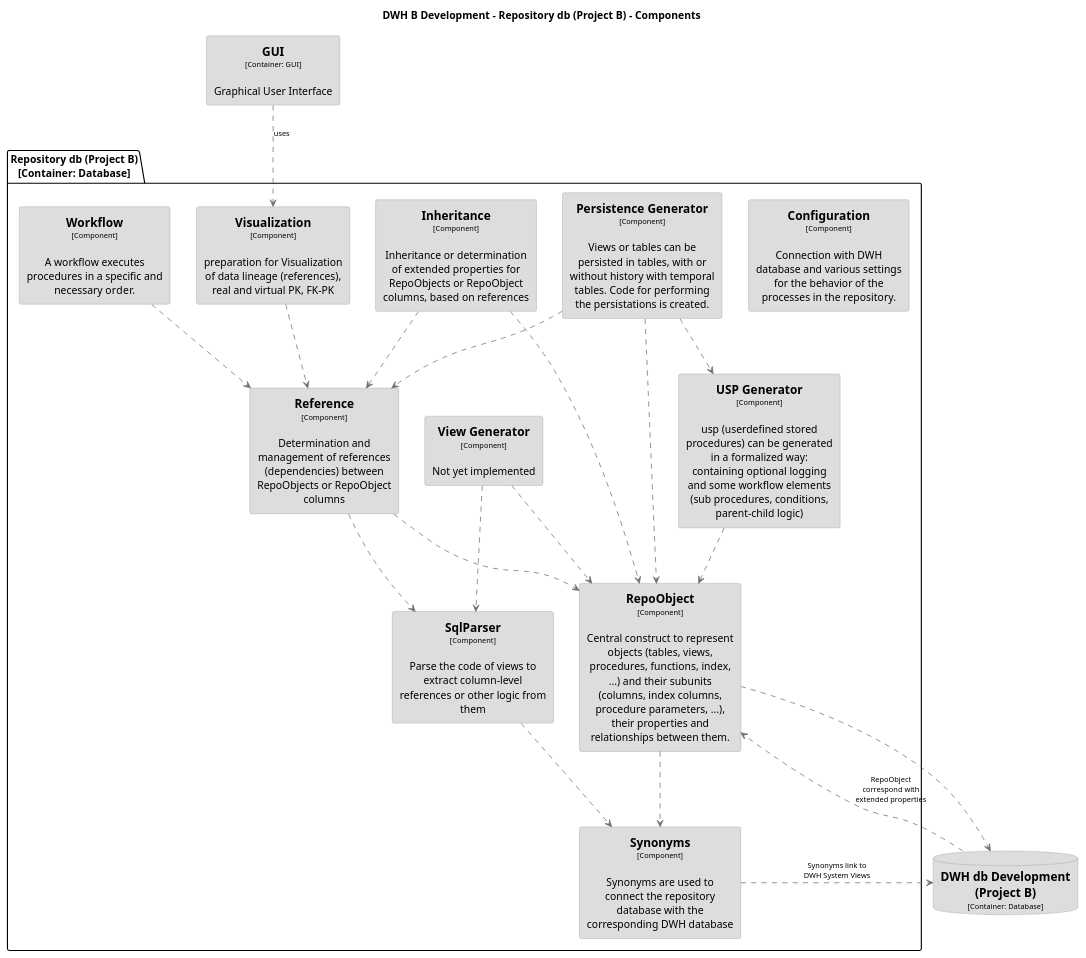
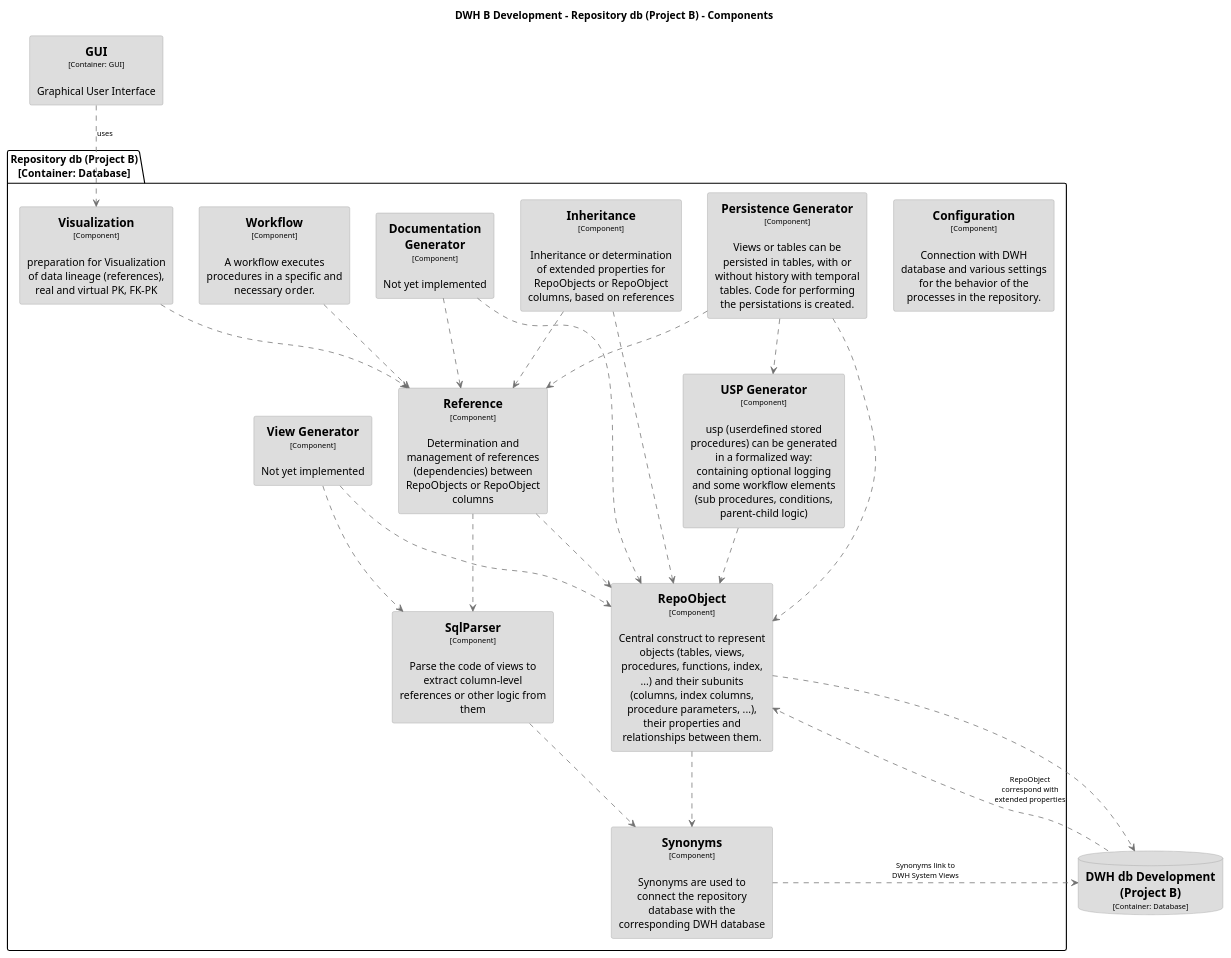
Before and after one commit to DataHandwerk/dhw-antora-docs: the diagram in docs/modules/arc/partials/c4_dsl/puml/structurizr-DWHBDevelopment-RepositorydbProjectB-Component.puml, drawn with PlantUML. The commit also changed 1771 other files, not shown here.

Commit message:
FK diagrams and more

```diff
--- a/docs/modules/arc/partials/c4_dsl/puml/structurizr-DWHBDevelopment-RepositorydbProjectB-Component.puml
+++ b/docs/modules/arc/partials/c4_dsl/puml/structurizr-DWHBDevelopment-RepositorydbProjectB-Component.puml
@@ -1,111 +1,119 @@
 @startuml(id=DWHBDevelopment-RepositorydbProjectB-Component)
 title DWH B Development - Repository db (Project B) - Components
 
 skinparam {
   shadowing false
   arrowFontSize 10
   defaultTextAlignment center
   wrapWidth 200
   maxMessageSize 100
 }
 hide stereotype
 top to bottom direction
+skinparam rectangle<<22>> {
+  BackgroundColor #dddddd
+  FontColor #000000
+  BorderColor #9A9A9A
+}
 skinparam rectangle<<11>> {
   BackgroundColor #dddddd
   FontColor #000000
   BorderColor #9A9A9A
 }
 skinparam rectangle<<12>> {
   BackgroundColor #dddddd
   FontColor #000000
   BorderColor #9A9A9A
 }
 skinparam rectangle<<13>> {
   BackgroundColor #dddddd
   FontColor #000000
   BorderColor #9A9A9A
 }
 skinparam rectangle<<14>> {
   BackgroundColor #dddddd
   FontColor #000000
   BorderColor #9A9A9A
 }
 skinparam rectangle<<15>> {
   BackgroundColor #dddddd
   FontColor #000000
   BorderColor #9A9A9A
 }
 skinparam rectangle<<16>> {
   BackgroundColor #dddddd
   FontColor #000000
   BorderColor #9A9A9A
 }
-skinparam database<<17>> {
+skinparam rectangle<<17>> {
+  BackgroundColor #dddddd
+  FontColor #000000
+  BorderColor #9A9A9A
+}
+skinparam database<<18>> {
   BackgroundColor #dddddd
   FontColor #000000
   BorderColor #9A9A9A
 }
 skinparam rectangle<<6>> {
   BackgroundColor #dddddd
   FontColor #000000
   BorderColor #9A9A9A
 }
 skinparam rectangle<<7>> {
   BackgroundColor #dddddd
   FontColor #000000
   BorderColor #9A9A9A
 }
 skinparam rectangle<<8>> {
   BackgroundColor #dddddd
   FontColor #000000
   BorderColor #9A9A9A
 }
 skinparam rectangle<<9>> {
   BackgroundColor #dddddd
   FontColor #000000
   BorderColor #9A9A9A
 }
 skinparam rectangle<<10>> {
   BackgroundColor #dddddd
   FontColor #000000
   BorderColor #9A9A9A
 }
-skinparam rectangle<<21>> {
-  BackgroundColor #dddddd
-  FontColor #000000
-  BorderColor #9A9A9A
-}
-database "==DWH db Development (Project B)\n<size:10>[Container: Database]</size>" <<17>> as 17
-rectangle "==GUI\n<size:10>[Container: GUI]</size>\n\nGraphical User Interface" <<21>> as 21
+database "==DWH db Development (Project B)\n<size:10>[Container: Database]</size>" <<18>> as 18
+rectangle "==GUI\n<size:10>[Container: GUI]</size>\n\nGraphical User Interface" <<22>> as 22
 package "Repository db (Project B)\n[Container: Database]" {
   rectangle "==Configuration\n<size:10>[Component]</size>\n\nConnection with DWH database and various settings for the behavior of the processes in the repository." <<7>> as 7
+  rectangle "==Documentation Generator\n<size:10>[Component]</size>\n\nNot yet implemented" <<15>> as 15
   rectangle "==Inheritance\n<size:10>[Component]</size>\n\nInheritance or determination of extended properties for RepoObjects or RepoObject columns, based on references" <<11>> as 11
   rectangle "==Persistence Generator\n<size:10>[Component]</size>\n\nViews or tables can be persisted in tables, with or without history with temporal tables. Code for performing the persistations is created." <<13>> as 13
   rectangle "==Reference\n<size:10>[Component]</size>\n\nDetermination and management of references (dependencies) between RepoObjects or RepoObject columns" <<10>> as 10
   rectangle "==RepoObject\n<size:10>[Component]</size>\n\nCentral construct to represent objects (tables, views, procedures, functions, index, ...) and their subunits (columns, index columns, procedure parameters, ...), their properties and relationships between them." <<8>> as 8
   rectangle "==SqlParser\n<size:10>[Component]</size>\n\nParse the code of views to extract column-level references or other logic from them" <<9>> as 9
   rectangle "==Synonyms\n<size:10>[Component]</size>\n\nSynonyms are used to connect the repository database with the corresponding DWH database" <<6>> as 6
   rectangle "==USP Generator\n<size:10>[Component]</size>\n\nusp (userdefined stored procedures) can be generated in a formalized way: containing optional logging and some workflow elements (sub procedures, conditions, parent-child logic)" <<12>> as 12
   rectangle "==View Generator\n<size:10>[Component]</size>\n\nNot yet implemented" <<14>> as 14
-  rectangle "==Visualization\n<size:10>[Component]</size>\n\npreparation for Visualization of data lineage (references), real and virtual PK, FK-PK" <<16>> as 16
-  rectangle "==Workflow\n<size:10>[Component]</size>\n\nA workflow executes procedures in a specific and necessary order." <<15>> as 15
+  rectangle "==Visualization\n<size:10>[Component]</size>\n\npreparation for Visualization of data lineage (references), real and virtual PK, FK-PK" <<17>> as 17
+  rectangle "==Workflow\n<size:10>[Component]</size>\n\nA workflow executes procedures in a specific and necessary order." <<16>> as 16
 }
-17 .[#707070].> 8 : "RepoObject correspond with extended properties"
-21 .[#707070].> 16 : "uses"
+18 .[#707070].> 8 : "RepoObject correspond with extended properties"
+15 .[#707070].> 10 : ""
+15 .[#707070].> 8 : ""
+22 .[#707070].> 17 : "uses"
 11 .[#707070].> 10 : ""
 11 .[#707070].> 8 : ""
 13 .[#707070].> 10 : ""
 13 .[#707070].> 8 : ""
 13 .[#707070].> 12 : ""
 10 .[#707070].> 8 : ""
 10 .[#707070].> 9 : ""
-8 .[#707070].> 17 : ""
+8 .[#707070].> 18 : ""
 8 .[#707070].> 6 : ""
 9 .[#707070].> 6 : ""
-6 .[#707070].> 17 : "Synonyms link to DWH System Views"
+6 .[#707070].> 18 : "Synonyms link to DWH System Views"
 12 .[#707070].> 8 : ""
 14 .[#707070].> 8 : ""
 14 .[#707070].> 9 : ""
+17 .[#707070].> 10 : ""
 16 .[#707070].> 10 : ""
-15 .[#707070].> 10 : ""
 @enduml
```
